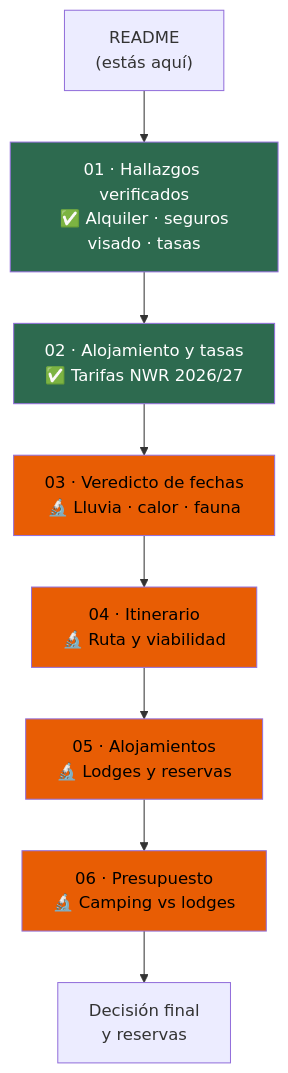
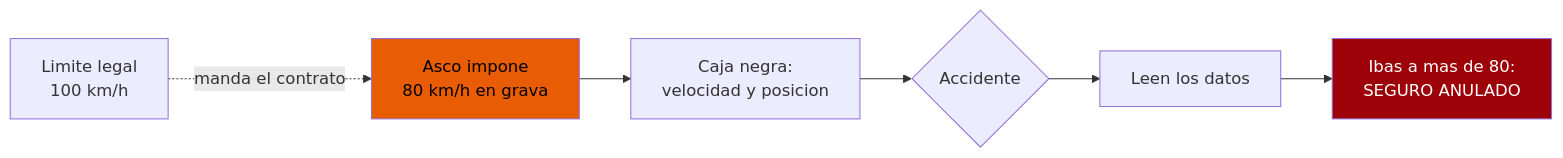
Before and after one commit to morandeirachema/namibia: the sixth of 10 diagrams in README.md, drawn with Mermaid. The commit also changed other lines of this file, not shown here.

````diff
--- a/README.md
+++ b/README.md
@@ -170,19 +165,10 @@
 ```mermaid
-flowchart TD
-    R["README<br/>(estás aquí)"]
-    D1["01 · Hallazgos verificados<br/>✅ Alquiler · seguros<br/>visado · tasas"]
-    D2["02 · Alojamiento y tasas<br/>✅ Tarifas NWR 2026/27"]
-    D3["03 · Veredicto de fechas<br/>🔬 Lluvia · calor · fauna"]
-    D4["04 · Itinerario<br/>🔬 Ruta y viabilidad"]
-    D5["05 · Alojamientos<br/>🔬 Lodges y reservas"]
-    D6["06 · Presupuesto<br/>🔬 Camping vs lodges"]
-    R --> D1 --> D2
-    D2 --> D3 --> D4 --> D5 --> D6
-    D6 --> FIN["Decisión final<br/>y reservas"]
-    style D1 fill:#2d6a4f,color:#fff
-    style D2 fill:#2d6a4f,color:#fff
-    style D3 fill:#e85d04,color:#000
-    style D4 fill:#e85d04,color:#000
-    style D5 fill:#e85d04,color:#000
-    style D6 fill:#e85d04,color:#000
+flowchart LR
+    A["Limite legal<br/>100 km/h"] -.->|"manda el contrato"| B["Asco impone<br/>80 km/h en grava"]
+    B --> C["Caja negra:<br/>velocidad y posicion"]
+    C --> D{"Accidente"}
+    D --> E["Leen los datos"]
+    E --> F["Ibas a mas de 80:<br/>SEGURO ANULADO"]
+    style B fill:#e85d04,color:#000
+    style F fill:#9d0208,color:#fff
 ```
````
